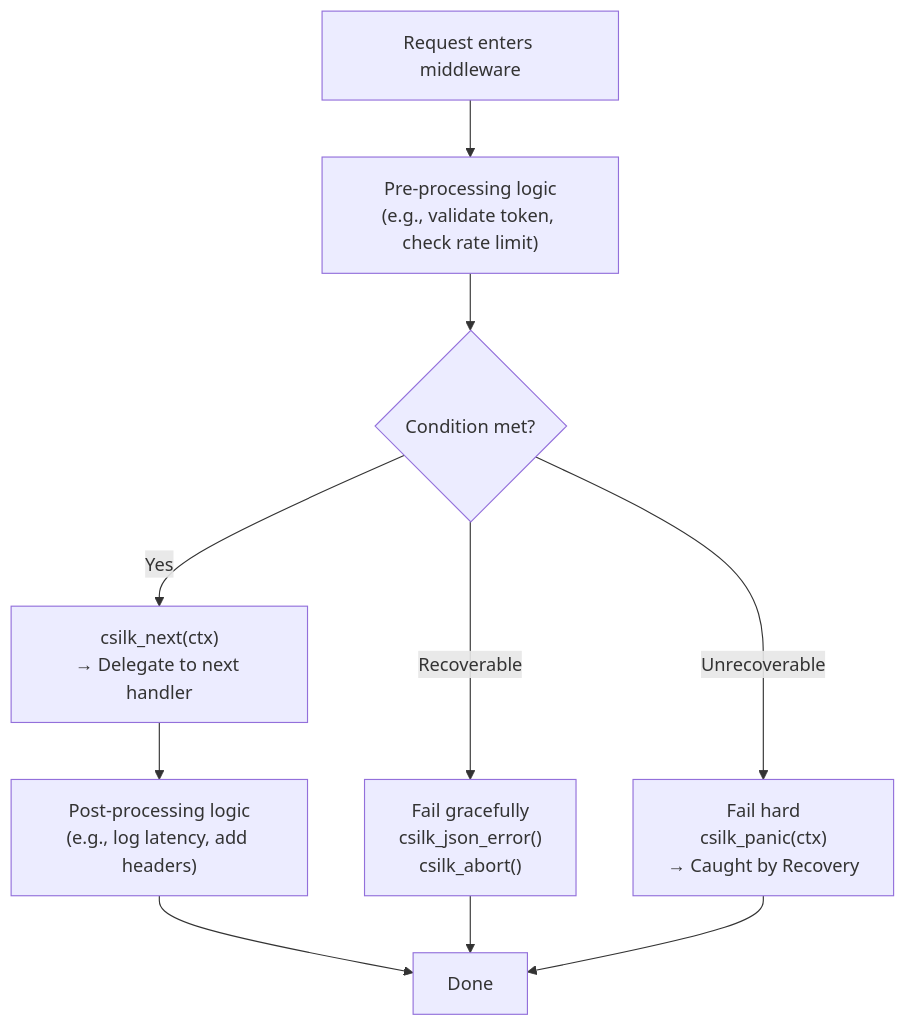
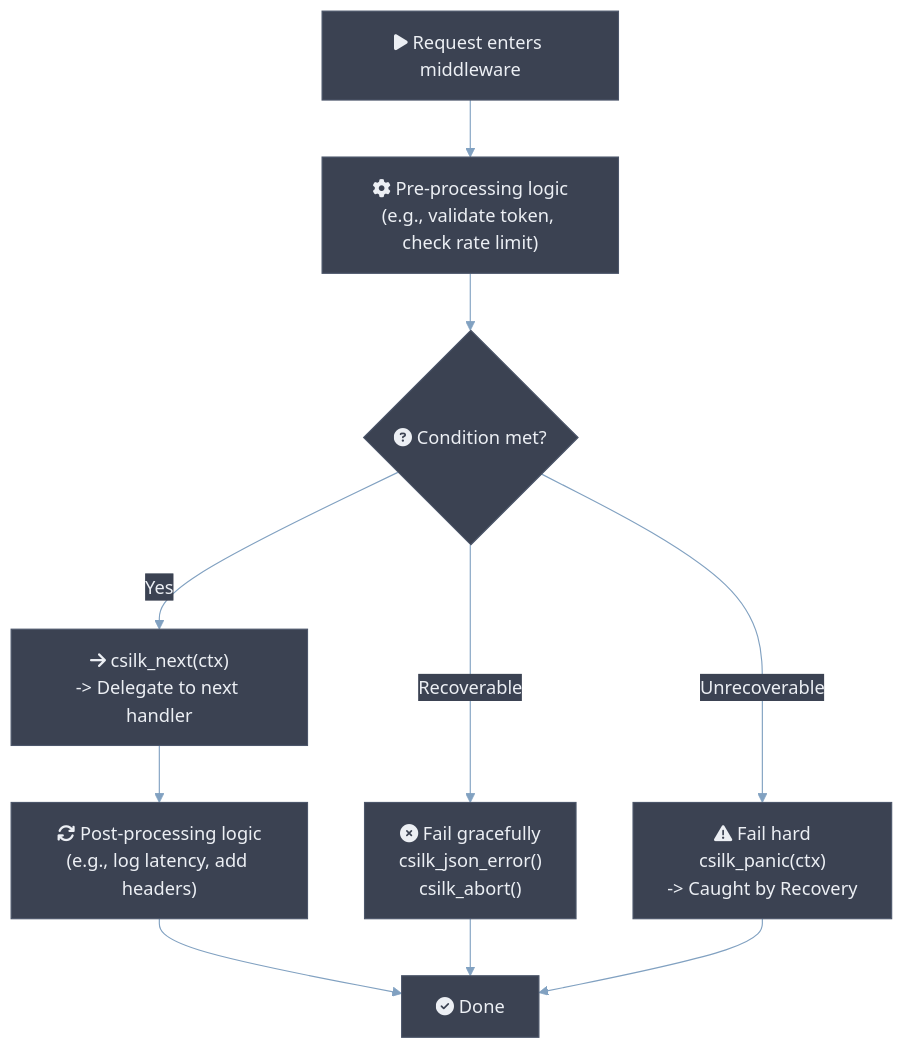
The first of 4 diagrams in docs/user-manual/middleware-dev.md (quintin-lee/csilk), drawn with Mermaid before and after one commit. The commit also changed other lines of this file and 30 other files, not shown here.

Commit message:
docs(docs): 📝 apply Nord Mermaid theme, RFC 2119 keywords, and quantified metrics to all docs

````diff
--- a/docs/user-manual/middleware-dev.md
+++ b/docs/user-manual/middleware-dev.md
@@ -7,26 +7,27 @@
 ```mermaid
+%%{init: {'theme': 'base', 'themeVariables': {'background': '#2E3440','primaryColor':'#81A1C1','primaryBorderColor':'#4C566A','primaryTextColor':'#ECEFF4','secondaryColor':'#3B4252','secondaryBorderColor':'#434C5E','secondaryTextColor':'#D8DEE9','lineColor':'#81A1C1','textColor':'#ECEFF4','mainBkg':'#3B4252','nodeBorder':'#4C566A','clusterBkg':'#2E3440','clusterBorder':'#4C566A','titleColor':'#ECEFF4','edgeLabelBackground':'#3B4252','nodeTextColor':'#ECEFF4'}, 'flowchart': {'htmlLabels': true, 'curve': 'basis'}}}%%
 flowchart TB
-    START["Request enters middleware"]
-    PRE["Pre-processing logic\n(e.g., validate token, check rate limit)"]
+    START["fa:fa-play Request enters middleware"]
+    PRE["fa:fa-cog Pre-processing logic<br/>(e.g., validate token, check rate limit)"]
 
-    DEC{"Condition met?"}
+    DEC{"fa:fa-question-circle Condition met?"}
 
-    NEXT["csilk_next(ctx)\n→ Delegate to next handler"]
+    NEXT["fa:fa-arrow-right csilk_next(ctx)<br/>-&gt; Delegate to next handler"]
 
-    POST["Post-processing logic\n(e.g., log latency, add headers)"]
+    POST["fa:fa-refresh Post-processing logic<br/>(e.g., log latency, add headers)"]
 
-    ABORT_VALID["Fail gracefully\ncsilk_json_error()\ncsilk_abort()"]
-    ABORT_PANIC["Fail hard\ncsilk_panic(ctx)\n→ Caught by Recovery"]
+    ABORT_VALID["fa:fa-times-circle Fail gracefully<br/>csilk_json_error()<br/>csilk_abort()"]
+    ABORT_PANIC["fa:fa-exclamation-triangle Fail hard<br/>csilk_panic(ctx)<br/>-&gt; Caught by Recovery"]
 
-    DONE["Done"]
+    DONE["fa:fa-check-circle Done"]
 
     START --> PRE
     PRE --> DEC
     DEC -->|Yes| NEXT
     DEC -->|Recoverable| ABORT_VALID
     DEC -->|Unrecoverable| ABORT_PANIC
     NEXT --> POST
     POST --> DONE
     ABORT_VALID --> DONE
     ABORT_PANIC --> DONE
 ```
````
